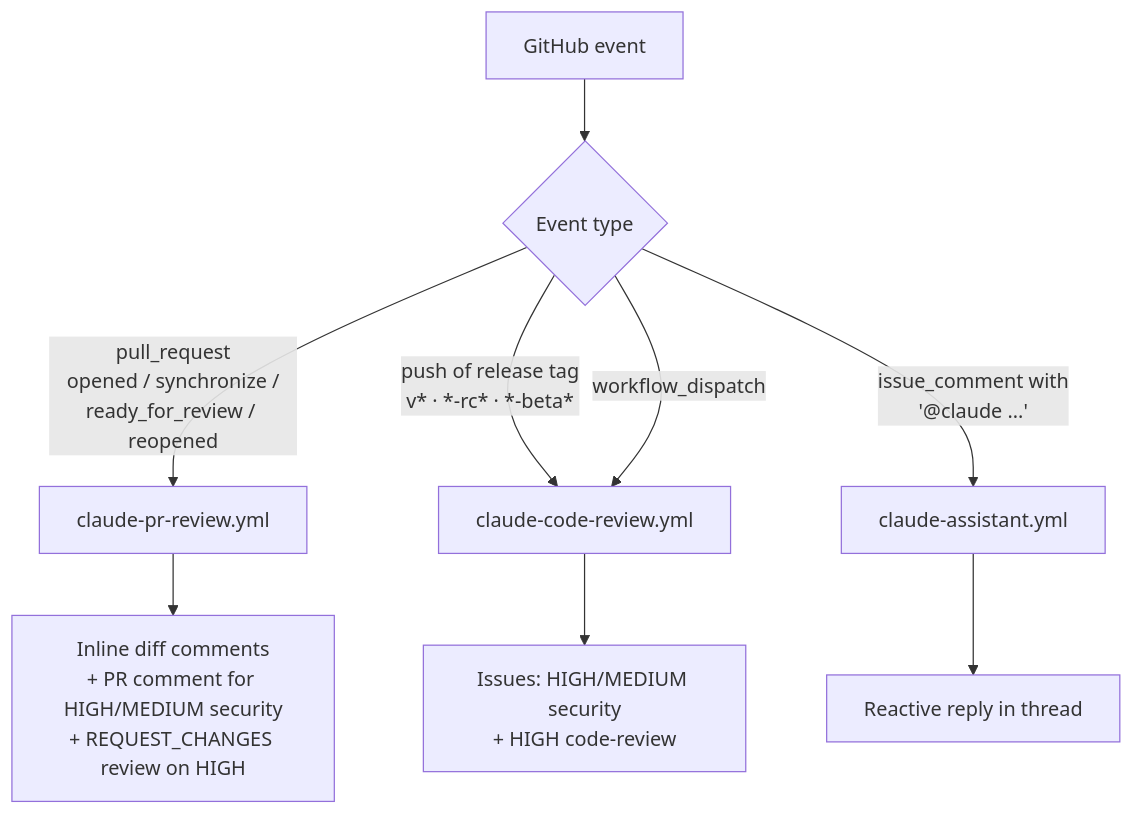
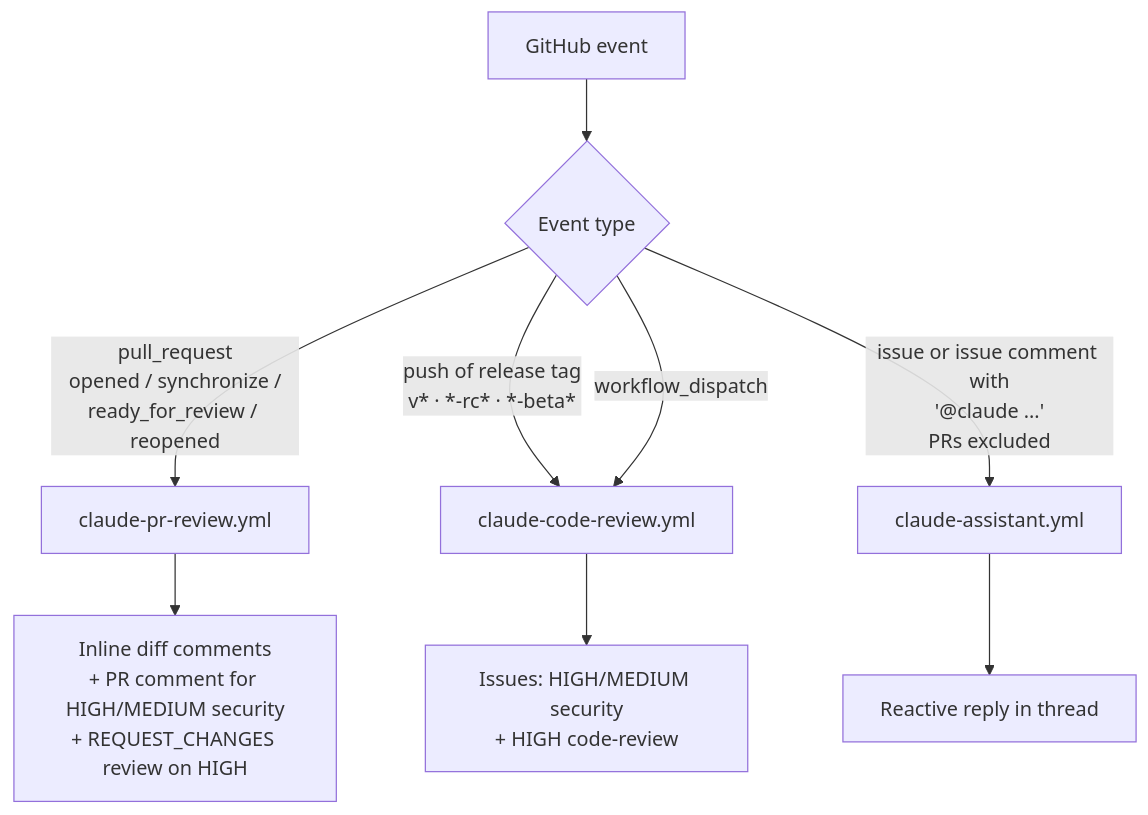
Before and after one commit to fibaneza/llm-usage-lens: the first of 5 diagrams in .github/README.md, drawn with Mermaid. The commit also changed other lines of this file and 1 other file, not shown here.

First line of the commit message:
ci: scope claude-assistant to issues only with cost caps

````diff
--- a/.github/README.md
+++ b/.github/README.md
@@ -148,11 +205,11 @@
 ```mermaid
 flowchart TD
     A[GitHub event] --> B{Event type}
     B -->|pull_request<br/>opened / synchronize /<br/>ready_for_review / reopened| PR[claude-pr-review.yml]
     B -->|push of release tag<br/>v* · *-rc* · *-beta*| RA[claude-code-review.yml]
     B -->|workflow_dispatch| RA
-    B -->|issue_comment with<br/>'@claude ...'| BOT[claude-assistant.yml]
+    B -->|issue or issue comment with<br/>'@claude ...'<br/>PRs excluded| BOT[claude-assistant.yml]
     PR --> PR1[Inline diff comments<br/>+ PR comment for HIGH/MEDIUM security<br/>+ REQUEST_CHANGES review on HIGH]
     RA --> RA1[Issues: HIGH/MEDIUM security<br/>+ HIGH code-review]
     BOT --> BOT1[Reactive reply in thread]
 ```
````
